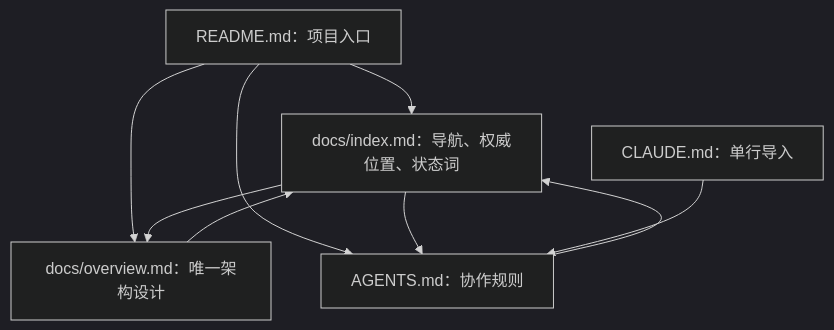
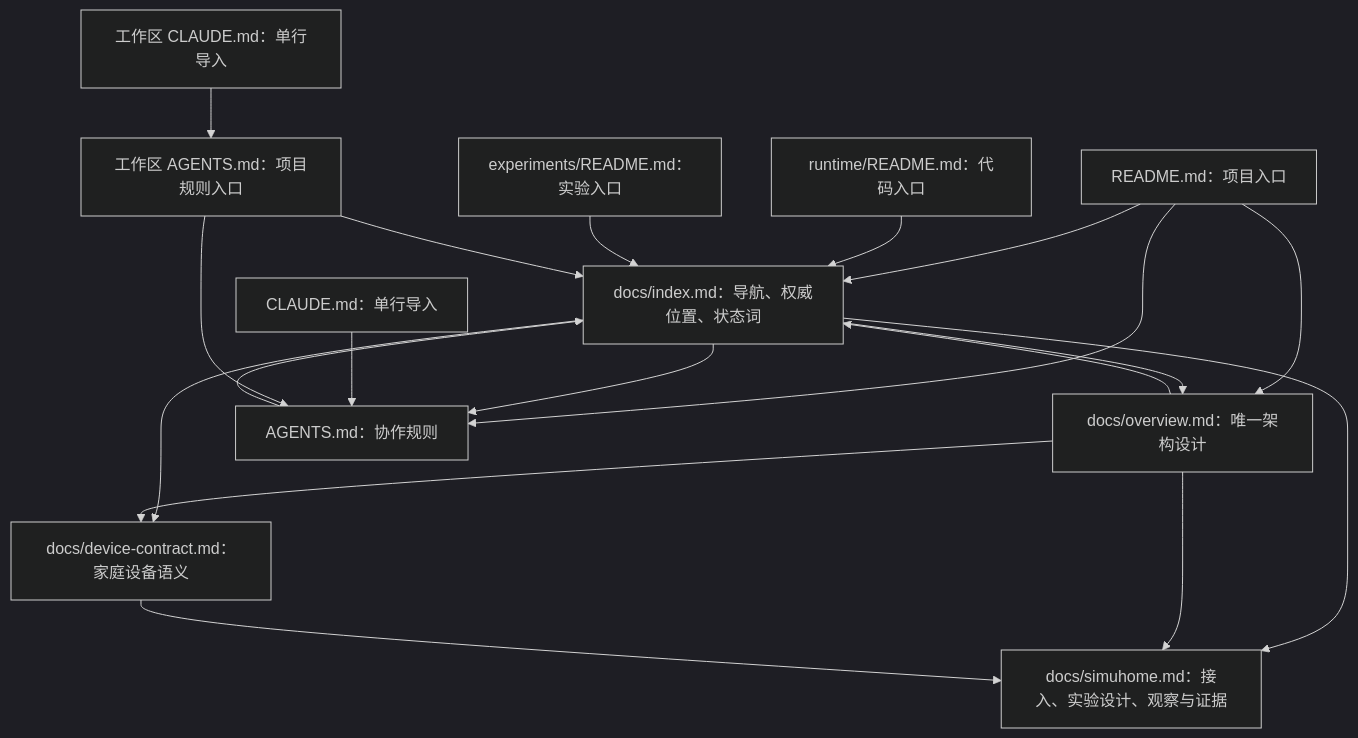
The diagram in docs/index.md (hongyue0721/home_agent), drawn with Mermaid (dark theme) before and after one commit. The commit also changed other lines of this file and 5 other files, not shown here.

````diff
--- a/docs/index.md
+++ b/docs/index.md
@@ -18,11 +20,21 @@
 ```mermaid
 flowchart TD
     README[README.md：项目入口] --> INDEX[docs/index.md：导航、权威位置、状态词]
     README --> OVERVIEW[docs/overview.md：唯一架构设计]
     README --> AGENTS[AGENTS.md：协作规则]
     INDEX --> OVERVIEW
     INDEX --> AGENTS
+    INDEX --> CONTRACT[docs/device-contract.md：家庭设备语义]
+    INDEX --> SIMUHOME[docs/simuhome.md：接入、实验设计、观察与证据]
+    OVERVIEW --> CONTRACT
+    OVERVIEW --> SIMUHOME
+    CONTRACT --> SIMUHOME
+    RUNTIME_README[runtime/README.md：代码入口] --> INDEX
+    EXPERIMENT_README[experiments/README.md：实验入口] --> INDEX
     OVERVIEW --> INDEX
     AGENTS --> INDEX
     CLAUDE[CLAUDE.md：单行导入] --> AGENTS
+    WORKSPACE_CLAUDE[工作区 CLAUDE.md：单行导入] --> WORKSPACE_AGENTS[工作区 AGENTS.md：项目规则入口]
+    WORKSPACE_AGENTS --> AGENTS
+    WORKSPACE_AGENTS --> INDEX
 ```
````
